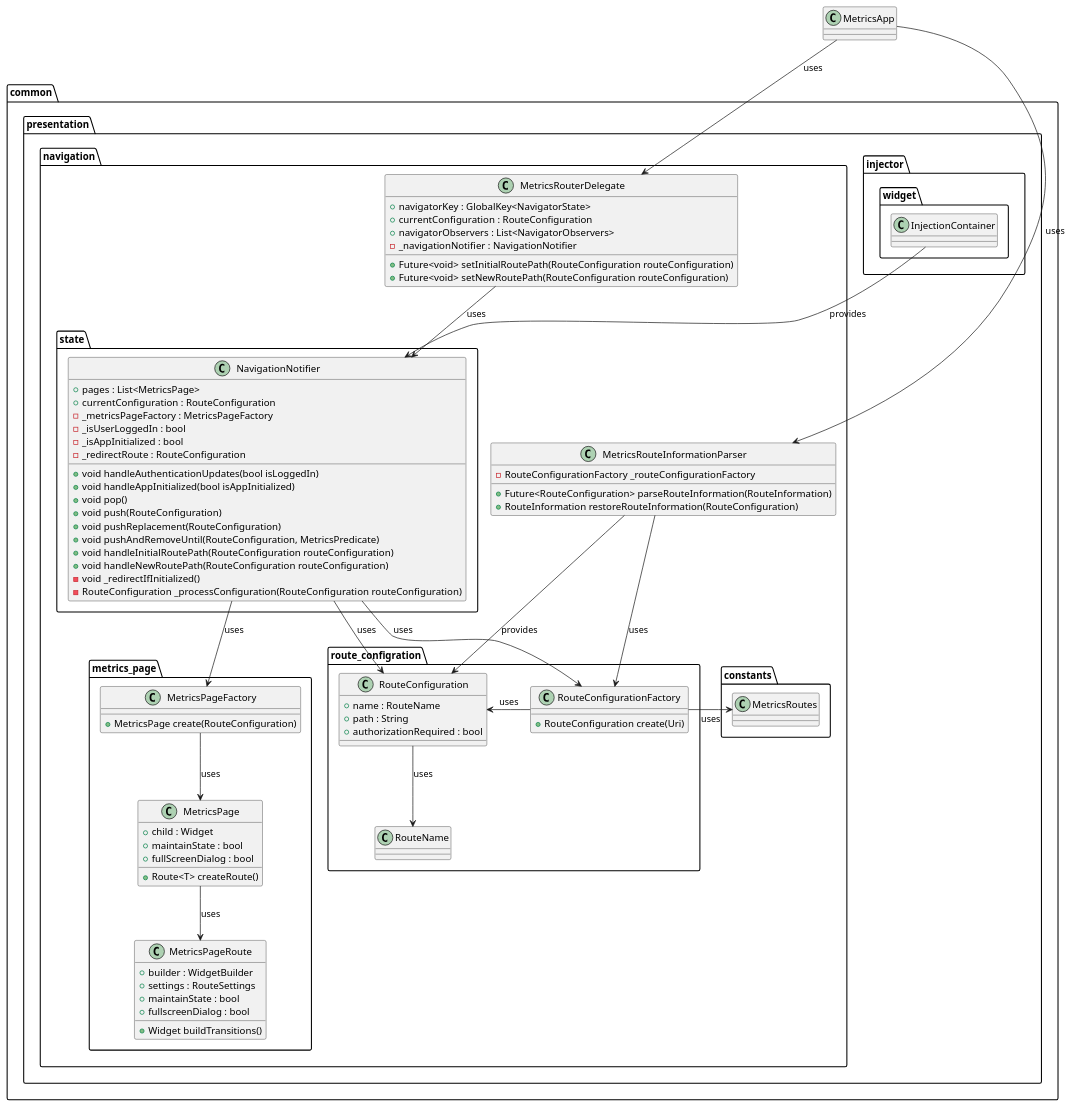
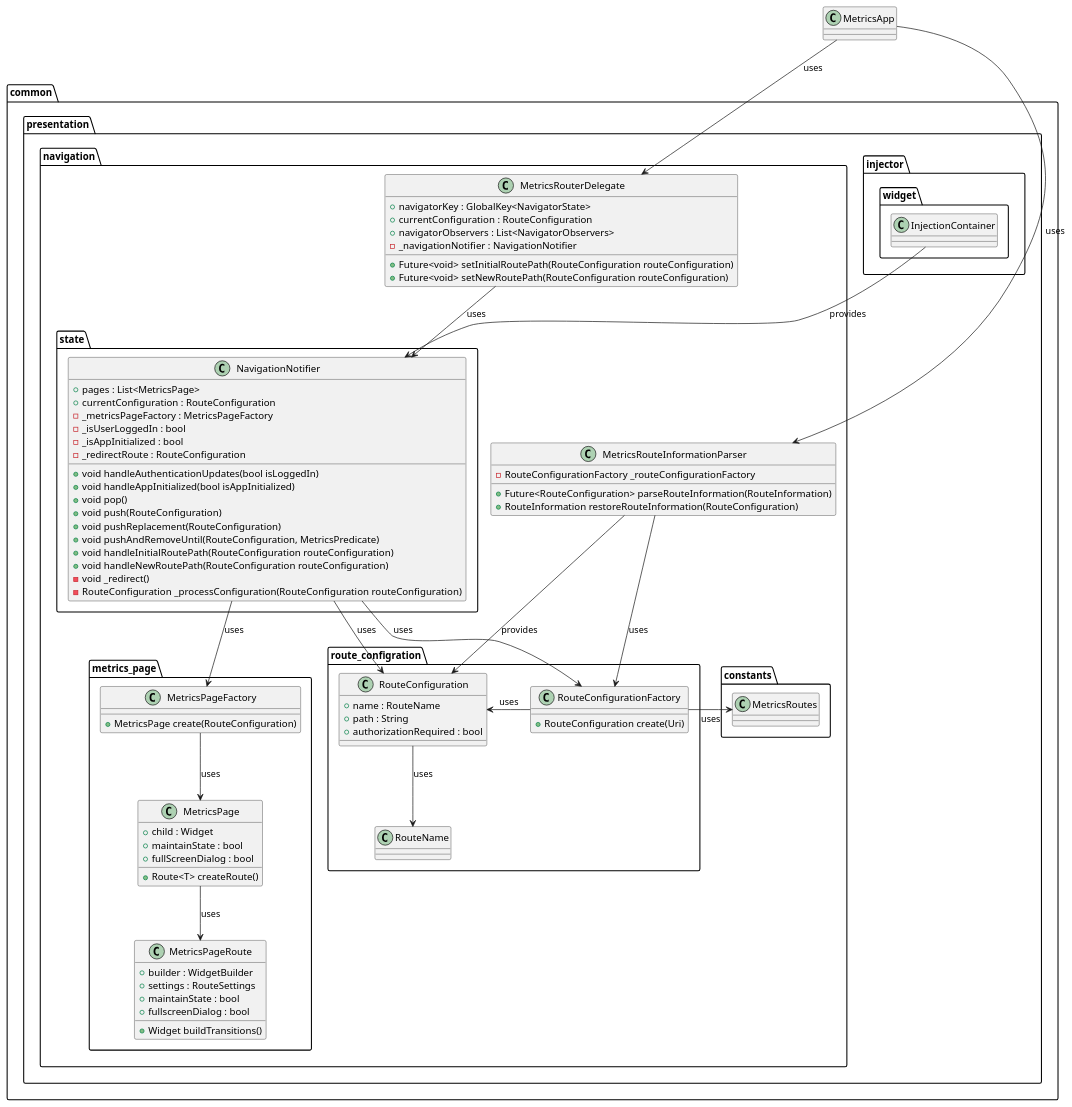
Before and after one commit to Flank/flank-dashboard: the diagram in metrics/web/docs/features/navigation/diagrams/navigation_class_diagram.puml, drawn with PlantUML.

Commit message:
Fix method name

```diff
--- a/metrics/web/docs/features/navigation/diagrams/navigation_class_diagram.puml
+++ b/metrics/web/docs/features/navigation/diagrams/navigation_class_diagram.puml
@@ -1,114 +1,114 @@
 @startuml navigation_class_diagram
 
 class MetricsApp {}
 
 package common.presentation {
 
     package injector.widget {
         class InjectionContainer {}
     }
 
     package navigation {
 
         package route_configration {
             class RouteName {
             }
 
             class RouteConfiguration {
                 + name : RouteName
                 + path : String
                 + authorizationRequired : bool
             }
 
             class RouteConfigurationFactory {
                 + RouteConfiguration create(Uri)
             }
         }
         class MetricsRouteInformationParser {
             - RouteConfigurationFactory _routeConfigurationFactory
             + Future<RouteConfiguration> parseRouteInformation(RouteInformation)
             + RouteInformation restoreRouteInformation(RouteConfiguration)
         }
         class MetricsRouterDelegate {
             + navigatorKey : GlobalKey<NavigatorState>
             + currentConfiguration : RouteConfiguration
             + navigatorObservers : List<NavigatorObservers>
             - _navigationNotifier : NavigationNotifier
             + Future<void> setInitialRoutePath(RouteConfiguration routeConfiguration)
             + Future<void> setNewRoutePath(RouteConfiguration routeConfiguration)
         }
 
         package constants {
             class MetricsRoutes {}
         }
 
         package state {
             class NavigationNotifier {
                 + pages : List<MetricsPage>
                 + currentConfiguration : RouteConfiguration
                 - _metricsPageFactory : MetricsPageFactory
                 - _isUserLoggedIn : bool
                 - _isAppInitialized : bool
                 - _redirectRoute : RouteConfiguration
                 + void handleAuthenticationUpdates(bool isLoggedIn)
                 + void handleAppInitialized(bool isAppInitialized)
                 + void pop()
                 + void push(RouteConfiguration)
                 + void pushReplacement(RouteConfiguration)
                 + void pushAndRemoveUntil(RouteConfiguration, MetricsPredicate)
                 + void handleInitialRoutePath(RouteConfiguration routeConfiguration)
                 + void handleNewRoutePath(RouteConfiguration routeConfiguration)
-                - void _redirectIfInitialized()
+                - void _redirect()
                 - RouteConfiguration _processConfiguration(RouteConfiguration routeConfiguration)
             }
         }
 
 
         package metrics_page {
             class MetricsPageFactory {
                 + MetricsPage create(RouteConfiguration)
             }
 
             class MetricsPage {
                 + child : Widget
                 + maintainState : bool
                 + fullScreenDialog : bool
                 + Route<T> createRoute()
             }
 
             class MetricsPageRoute {
                 + builder : WidgetBuilder
                 + settings : RouteSettings
                 + maintainState : bool
                 + fullscreenDialog : bool
                 + Widget buildTransitions()
             }
         }
 
     }
 }
 
 InjectionContainer --> NavigationNotifier : provides
 
 MetricsApp --> MetricsRouteInformationParser :uses
 MetricsApp --> MetricsRouterDelegate : uses
 
 MetricsRouteInformationParser --> RouteConfiguration : provides
 MetricsRouteInformationParser --> RouteConfigurationFactory : uses
 
 RouteConfiguration --> RouteName : uses
 
 RouteConfigurationFactory -> RouteConfiguration : uses
 RouteConfigurationFactory -> MetricsRoutes : uses
 
 MetricsRouterDelegate --> NavigationNotifier : uses
 
 NavigationNotifier --> RouteConfigurationFactory : uses
 NavigationNotifier --> RouteConfiguration : uses
 NavigationNotifier --> MetricsPageFactory : uses
 
 MetricsPageFactory --> MetricsPage : uses
 
 MetricsPage --> MetricsPageRoute : uses
 
 @enduml
```
